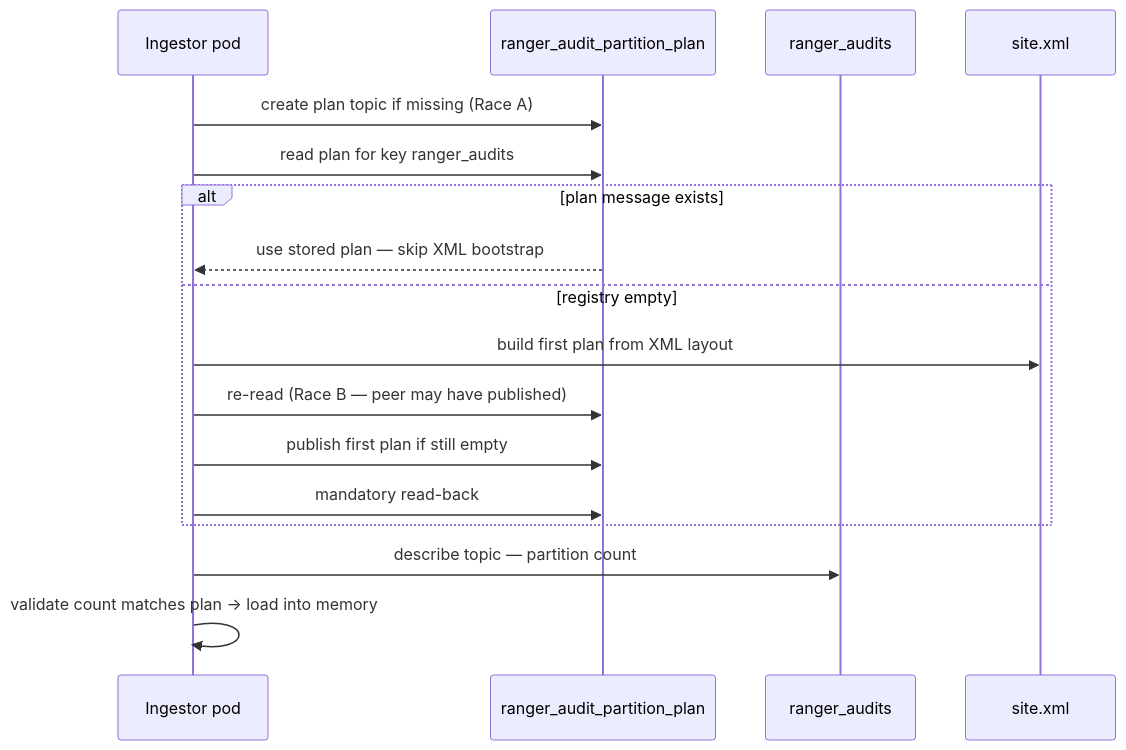
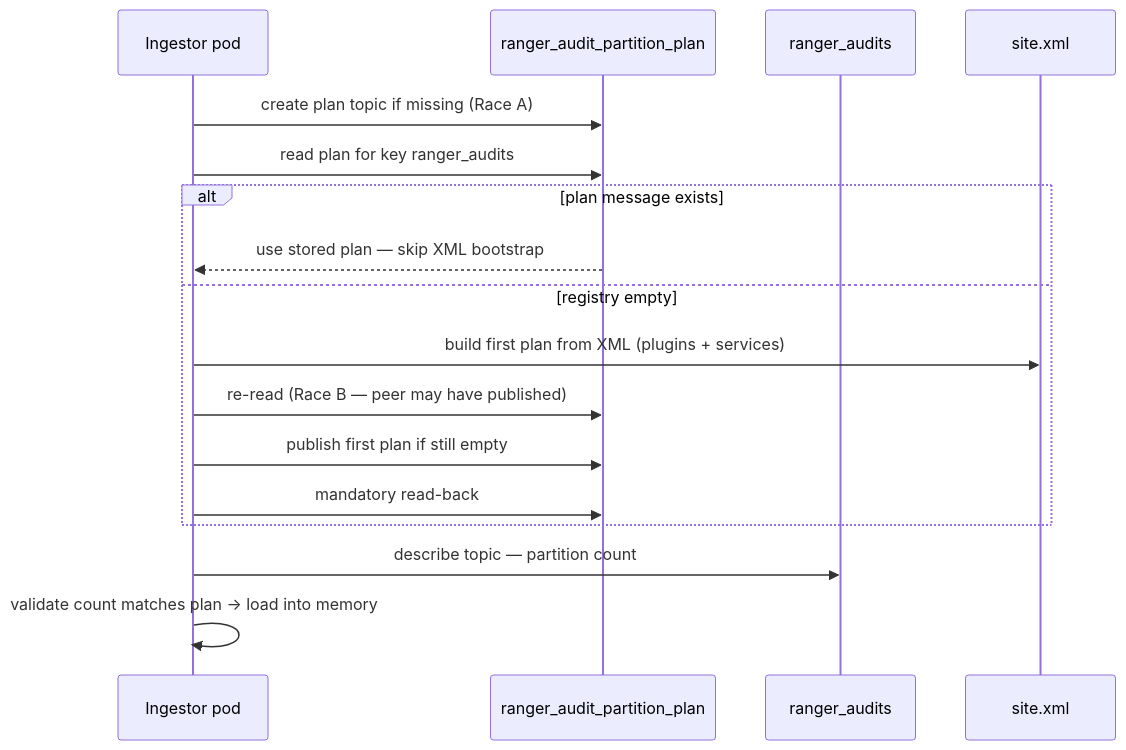
The first of 4 diagrams in audit-server/README-KAFKA-DYNAMIC-PARTITIONING-GUIDE.md (ramackri/ranger), drawn with Mermaid before and after one commit. The commit also changed other lines of this file and 23 other files, not shown here.

````diff
--- a/audit-server/README-KAFKA-DYNAMIC-PARTITIONING-GUIDE.md
+++ b/audit-server/README-KAFKA-DYNAMIC-PARTITIONING-GUIDE.md
@@ -170,20 +193,20 @@
 ```mermaid
 sequenceDiagram
   participant Pod as Ingestor pod
   participant Plan as ranger_audit_partition_plan
   participant Audits as ranger_audits
   participant XML as site.xml
 
   Pod->>Plan: create plan topic if missing (Race A)
   Pod->>Plan: read plan for key ranger_audits
   alt plan message exists
     Plan-->>Pod: use stored plan — skip XML bootstrap
   else registry empty
-    Pod->>XML: build first plan from XML layout
+    Pod->>XML: build first plan from XML (plugins + services)
     Pod->>Plan: re-read (Race B — peer may have published)
     Pod->>Plan: publish first plan if still empty
     Pod->>Plan: mandatory read-back
   end
   Pod->>Audits: describe topic — partition count
   Pod->>Pod: validate count matches plan → load into memory
 ```
````
